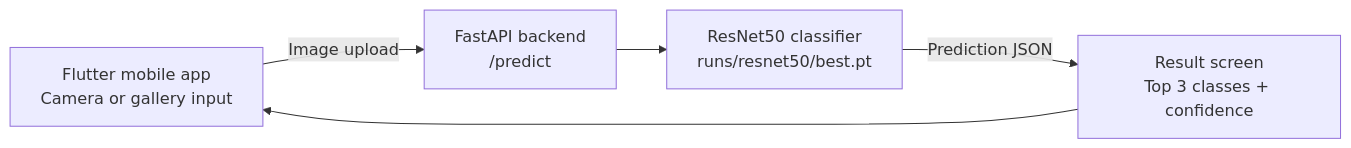
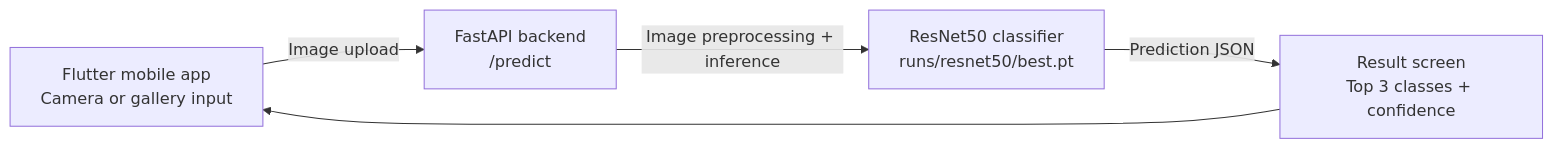
Before and after one commit to Cureeeeeeee/CNN-Based-Skin-Lesion-Classification-for-Early-Skin-Cancer-Detection: the diagram in docs/mobile_app_architecture.md, drawn with Mermaid. The commit also changed 99 other files, not shown here.

````diff
--- a/docs/mobile_app_architecture.md
+++ b/docs/mobile_app_architecture.md
@@ -10,7 +10,7 @@
 ```mermaid
 flowchart LR
     A["Flutter mobile app<br/>Camera or gallery input"] -->|Image upload| B["FastAPI backend<br/>/predict"]
-    B --> C["ResNet50 classifier<br/>runs/resnet50/best.pt"]
+    B -->|"Image preprocessing + inference"| C["ResNet50 classifier<br/>runs/resnet50/best.pt"]
     C -->|Prediction JSON| D["Result screen<br/>Top 3 classes + confidence"]
     D --> A
 ```
````
